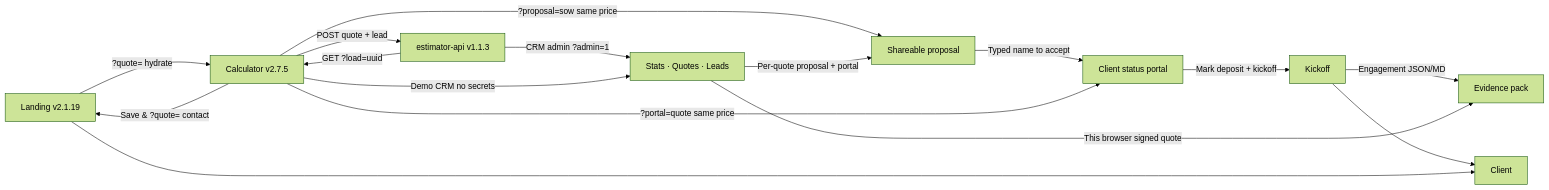
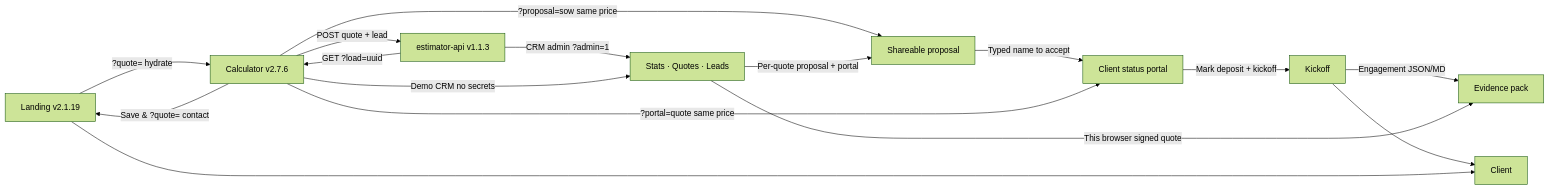
The diagram in README.md (pixellayer7-jpg/pixellayer7-jpg), drawn with Mermaid (forest theme) before and after one commit. The commit also changed other lines of this file and 4 other files, not shown here.

````diff
--- a/README.md
+++ b/README.md
@@ -21,18 +21,18 @@
 ```mermaid
 flowchart LR
-  A[Landing v2.1.19] -->|?quote= hydrate| B[Calculator v2.7.5]
+  A[Landing v2.1.19] -->|?quote= hydrate| B[Calculator v2.7.6]
   B -->|Save & ?quote= contact| A
   B -->|?proposal=sow same price| R[Shareable proposal]
   R -->|Typed name to accept| P[Client status portal]
   P -->|Mark deposit + kickoff| K[Kickoff]
   K -->|Engagement JSON/MD| X[Evidence pack]
   B -->|?portal=quote same price| P
   B -->|POST quote + lead| D[estimator-api v1.1.3]
   D -->|CRM admin ?admin=1| E[Stats · Quotes · Leads]
   B -->|Demo CRM no secrets| E
   E -->|This browser signed quote| X
   E -->|Per-quote proposal + portal| R
   K --> F[Client]
   D -->|GET ?load=uuid| B
   A --> F[Client]
 ```
````
